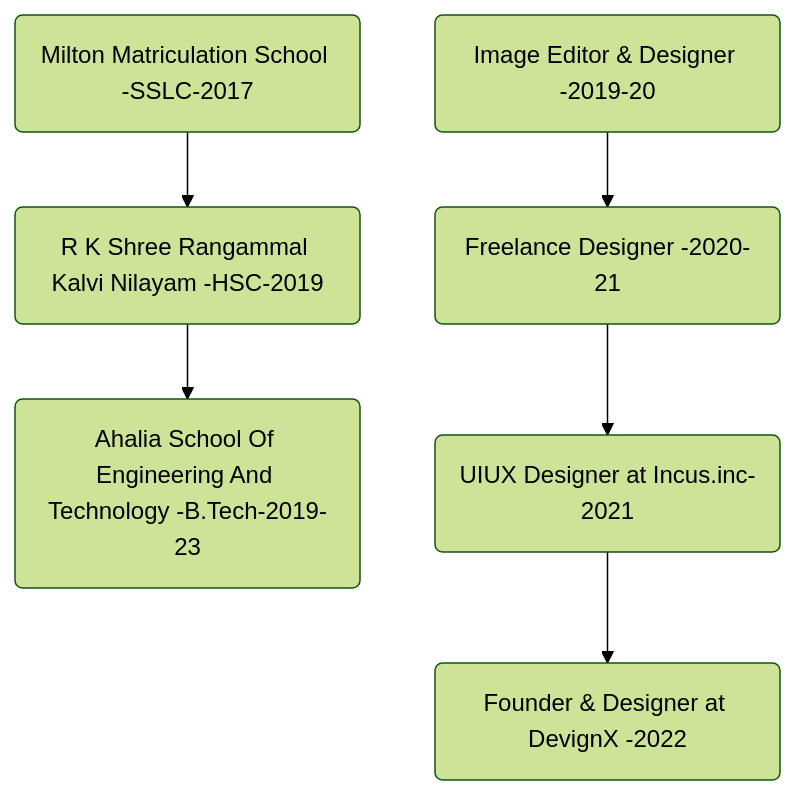
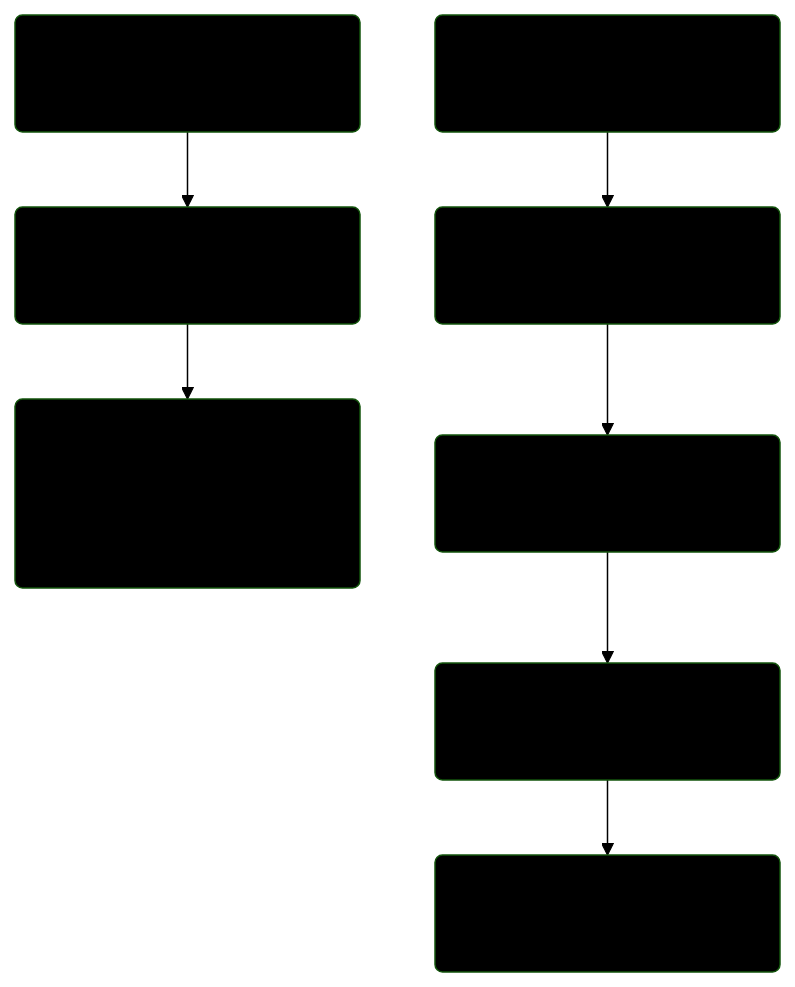
One commit to hariprasd/hariprasd changed the diagram in README.md. Above: the diagram before and after it, drawn with Mermaid (forest theme). The commit also changed other lines of this file, not shown here.

````diff
--- a/README.md
+++ b/README.md
@@ -51,9 +47,10 @@
 ```mermaid
 graph TD;
     A(Milton Matriculation School -SSLC-2017):::fb -->B(R K Shree Rangammal Kalvi Nilayam -HSC-2019):::fb;
     B(R K Shree Rangammal Kalvi Nilayam -HSC-2019):::fb-->C(Ahalia School Of Engineering And Technology -B.Tech-2019-23):::fb;
     D(Image Editor & Designer -2019-20):::fb-->E(Freelance Designer -2020-21):::fb;
     E(Freelance Designer -2020-21):::fb-->F(UIUX Designer at Incus.inc-2021):::fb;
     F(UIUX Designer at Incus.inc-2021):::fb-->G(Founder & Designer at DevignX -2022):::fb;
-    classDef fb fill:##808080
+    G(Founder & Designer at DevignX -2022):::fb-->H(UIUX Developer at Metastart -2023):::fb;
+    classDef fb fill:#000
 ```
````
